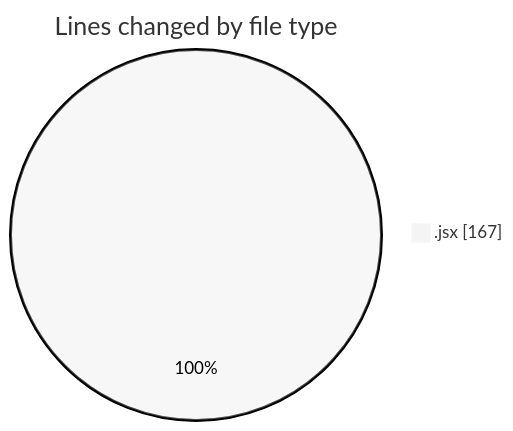
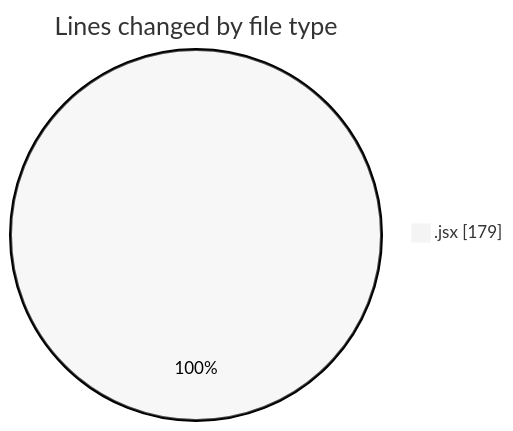
Before and after one commit to momahboobian/code-tracking: the first of 2 diagrams in 2026-02-12/cda/README.md, drawn with Mermaid (neutral theme). The commit also changed other lines of this file and 1 other file, not shown here.

````diff
--- a/2026-02-12/cda/README.md
+++ b/2026-02-12/cda/README.md
@@ -21,5 +21,5 @@
 ```mermaid
 pie showData
 title Lines changed by file type
-".jsx" : 167
+".jsx" : 179
 ```
````
